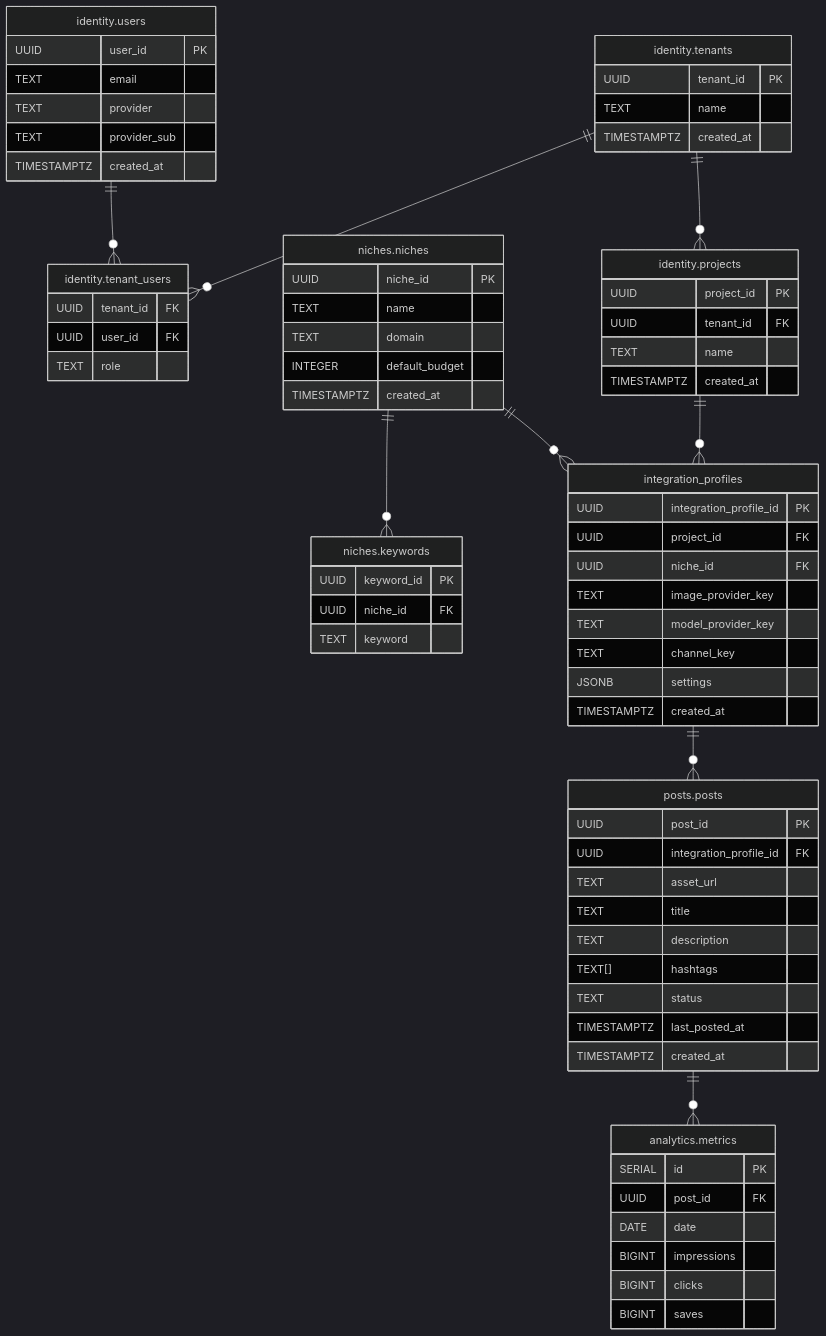
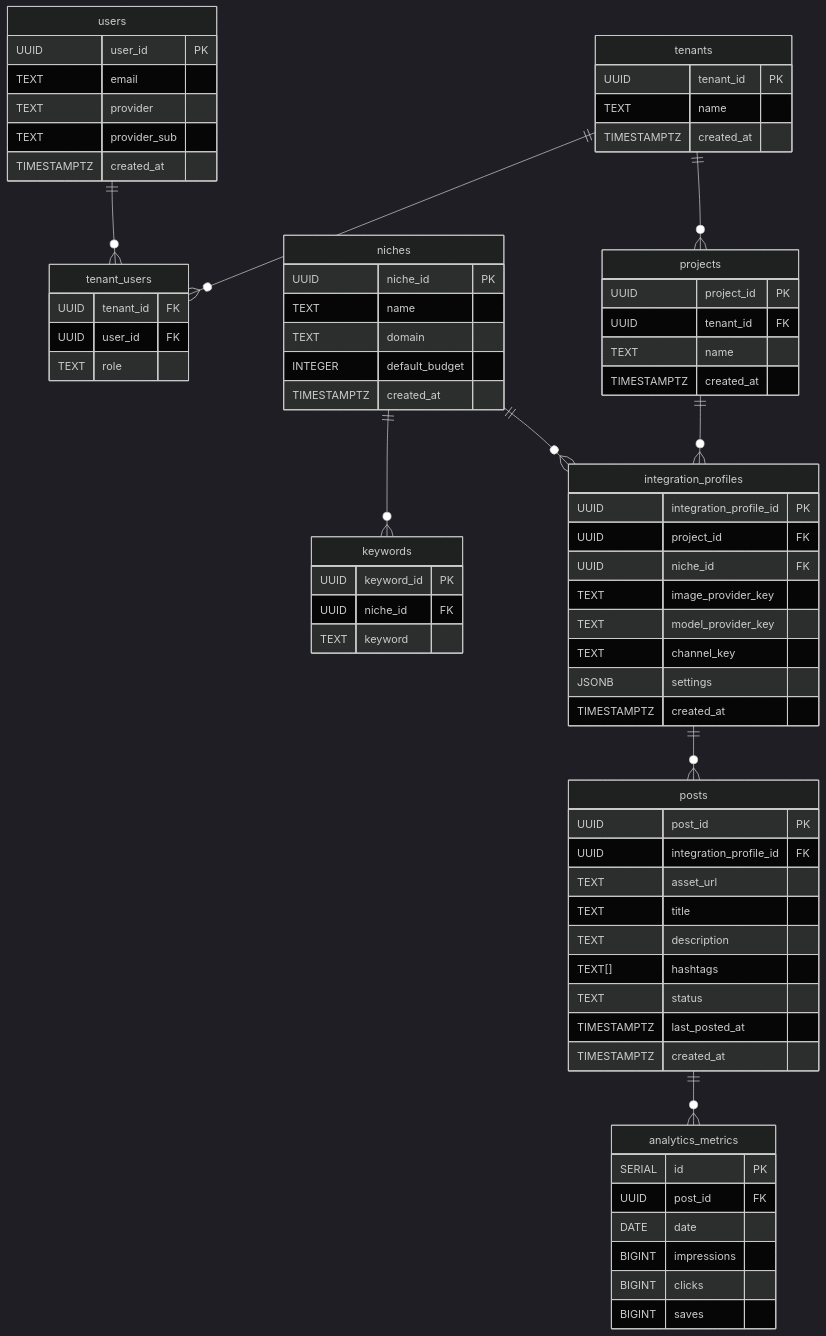
Before and after one commit to rhamblin/content_automation_engine: the second of 2 diagrams in README.md, drawn with Mermaid (dark theme). The commit also changed other lines of this file, not shown here.

````diff
--- a/README.md
+++ b/README.md
@@ -63,76 +54,76 @@
 ```mermaid
 erDiagram
-    identity.tenants {
+    tenants {
       UUID tenant_id PK
       TEXT name
       TIMESTAMPTZ created_at
     }
-    identity.users {
+    users {
       UUID user_id PK
       TEXT email
       TEXT provider
       TEXT provider_sub
       TIMESTAMPTZ created_at
     }
-    identity.tenant_users {
+    tenant_users {
       UUID tenant_id FK
       UUID user_id FK
       TEXT role
     }
-    identity.projects {
+    projects {
       UUID project_id PK
       UUID tenant_id FK
       TEXT name
       TIMESTAMPTZ created_at
     }
-    niches.niches {
+    niches {
       UUID niche_id PK
       TEXT name
       TEXT domain
       INTEGER default_budget
       TIMESTAMPTZ created_at
     }
-    niches.keywords {
+    keywords {
       UUID keyword_id PK
       UUID niche_id FK
       TEXT keyword
     }
     integration_profiles {
       UUID integration_profile_id PK
       UUID project_id FK
       UUID niche_id FK
       TEXT image_provider_key
       TEXT model_provider_key
       TEXT channel_key
       JSONB settings
       TIMESTAMPTZ created_at
     }
-    posts.posts {
+    posts {
       UUID post_id PK
       UUID integration_profile_id FK
       TEXT asset_url
       TEXT title
       TEXT description
       TEXT[] hashtags
       TEXT status
       TIMESTAMPTZ last_posted_at
       TIMESTAMPTZ created_at
     }
-    analytics.metrics {
+    analytics_metrics {
       SERIAL id PK
       UUID post_id FK
       DATE date
       BIGINT impressions
       BIGINT clicks
       BIGINT saves
     }
 
-    identity.tenants ||--o{ identity.tenant_users : ""
-    identity.users   ||--o{ identity.tenant_users : ""
-    identity.tenants ||--o{ identity.projects    : ""
-    identity.projects ||--o{ integration_profiles : ""
-    niches.niches    ||--o{ niches.keywords      : ""
-    niches.niches    ||--o{ integration_profiles : ""
-    integration_profiles ||--o{ posts.posts        : ""
-    posts.posts      ||--o{ analytics.metrics   : ""
+    tenants ||--o{ tenant_users : ""
+    users   ||--o{ tenant_users : ""
+    tenants ||--o{ projects    : ""
+    projects ||--o{ integration_profiles : ""
+    niches    ||--o{ keywords      : ""
+    niches    ||--o{ integration_profiles : ""
+    integration_profiles ||--o{ posts        : ""
+    posts      ||--o{ analytics_metrics   : ""
 ```
````
